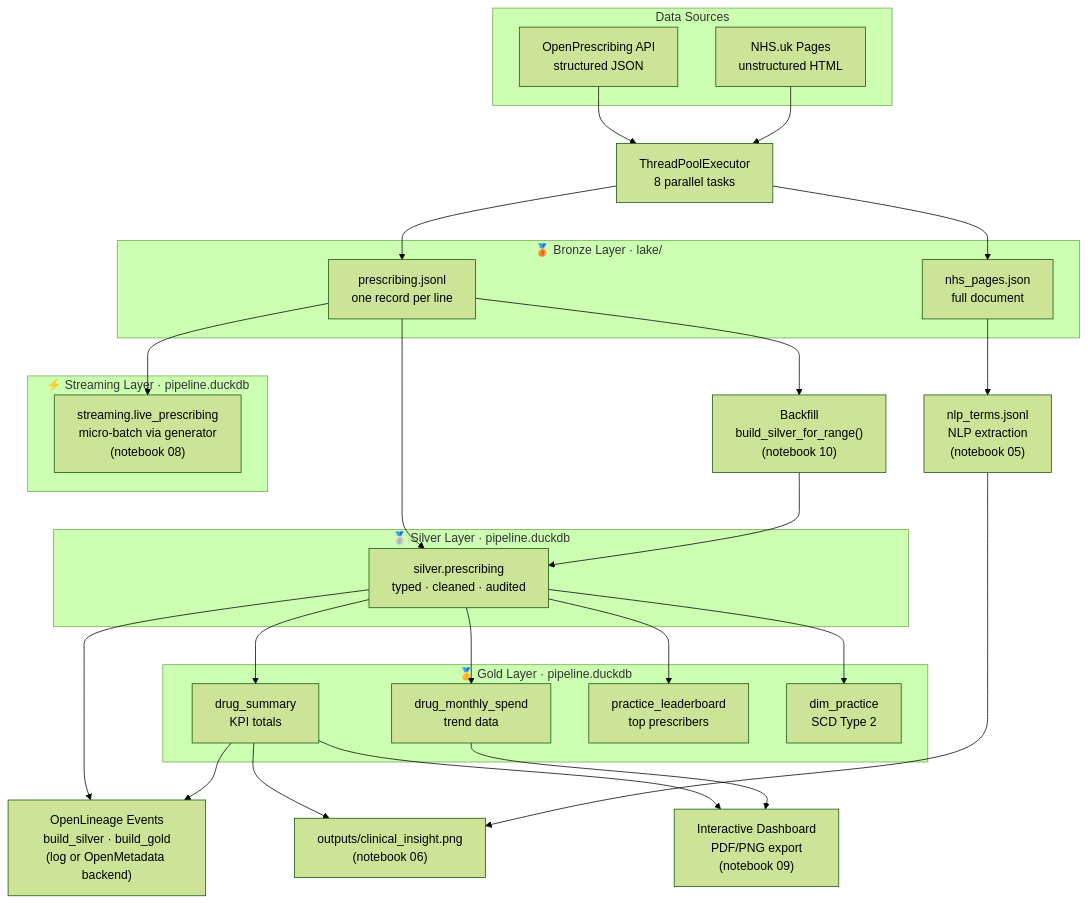
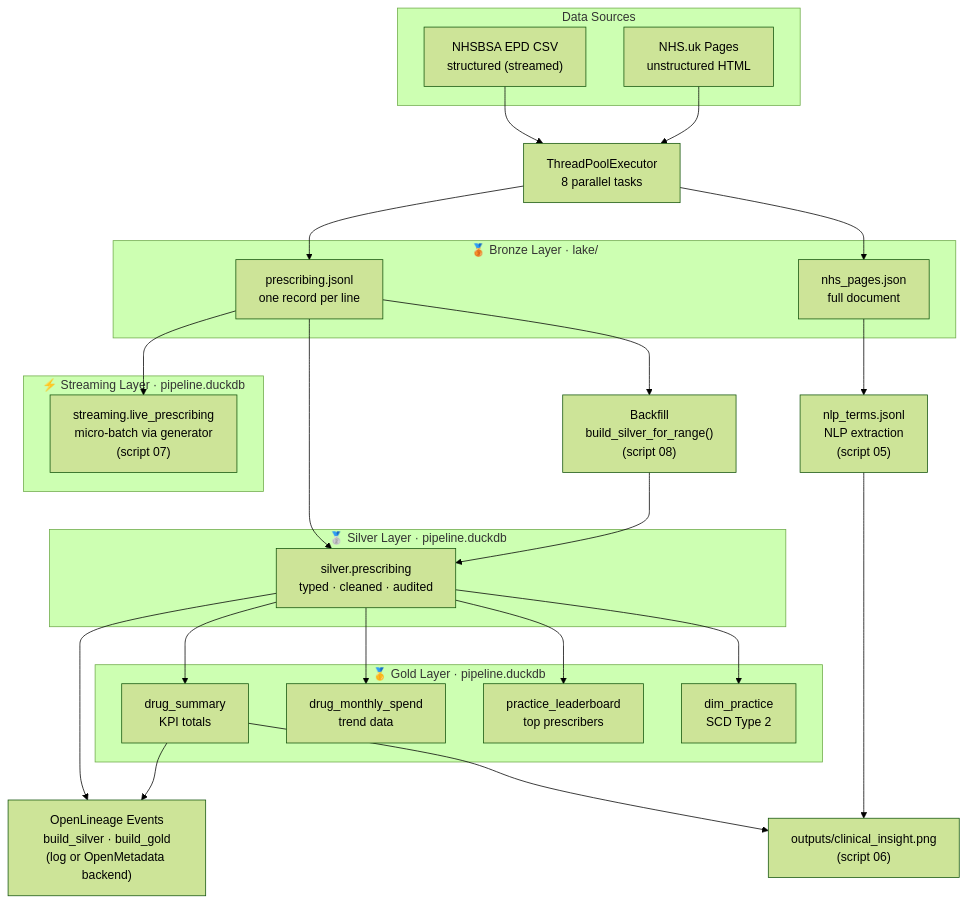
Before and after one commit to po-DRA/uk-healthcare-big-data-pipeline: the first of 3 diagrams in README.md, drawn with Mermaid (forest theme). The commit also changed other lines of this file and 35 other files, not shown here.

First line of the commit message:
Replace OpenPrescribing with NHSBSA EPD; swap Marimo notebooks for scripts

````diff
--- a/README.md
+++ b/README.md
@@ -114,55 +102,52 @@
 ```mermaid
 flowchart TD
     subgraph sources["Data Sources"]
-        A["OpenPrescribing API\nstructured JSON"]
+        A["NHSBSA EPD CSV\nstructured (streamed)"]
         B["NHS.uk Pages\nunstructured HTML"]
     end
 
     C["ThreadPoolExecutor\n8 parallel tasks"]
 
     subgraph bronze["🥉 Bronze Layer · lake/"]
         D["prescribing.jsonl\none record per line"]
         E["nhs_pages.json\nfull document"]
     end
 
     subgraph silver["🥈 Silver Layer · pipeline.duckdb"]
         F["silver.prescribing\ntyped · cleaned · audited"]
     end
 
     subgraph gold["🥇 Gold Layer · pipeline.duckdb"]
         G["drug_summary\nKPI totals"]
         H["drug_monthly_spend\ntrend data"]
         I["practice_leaderboard\ntop prescribers"]
         J["dim_practice\nSCD Type 2"]
     end
 
     subgraph streaming["⚡ Streaming Layer · pipeline.duckdb"]
-        K["streaming.live_prescribing\nmicro-batch via generator\n(notebook 08)"]
+        K["streaming.live_prescribing\nmicro-batch via generator\n(script 07)"]
     end
 
-    L["nlp_terms.jsonl\nNLP extraction\n(notebook 05)"]
-    M["outputs/clinical_insight.png\n(notebook 06)"]
-    N["Interactive Dashboard\nPDF/PNG export\n(notebook 09)"]
+    L["nlp_terms.jsonl\nNLP extraction\n(script 05)"]
+    M["outputs/clinical_insight.png\n(script 06)"]
     O["OpenLineage Events\nbuild_silver · build_gold\n(log or OpenMetadata backend)"]
-    P["Backfill\nbuild_silver_for_range()\n(notebook 10)"]
+    P["Backfill\nbuild_silver_for_range()\n(script 08)"]
 
     A --> C
     B --> C
     C --> D
     C --> E
     D --> F
     D --> K
     E --> L
     F --> G
     F --> H
     F --> I
     F --> J
     F --> O
     G --> M
-    G --> N
     G --> O
-    H --> N
     L --> M
     D --> P
     P --> F
 ```
````
